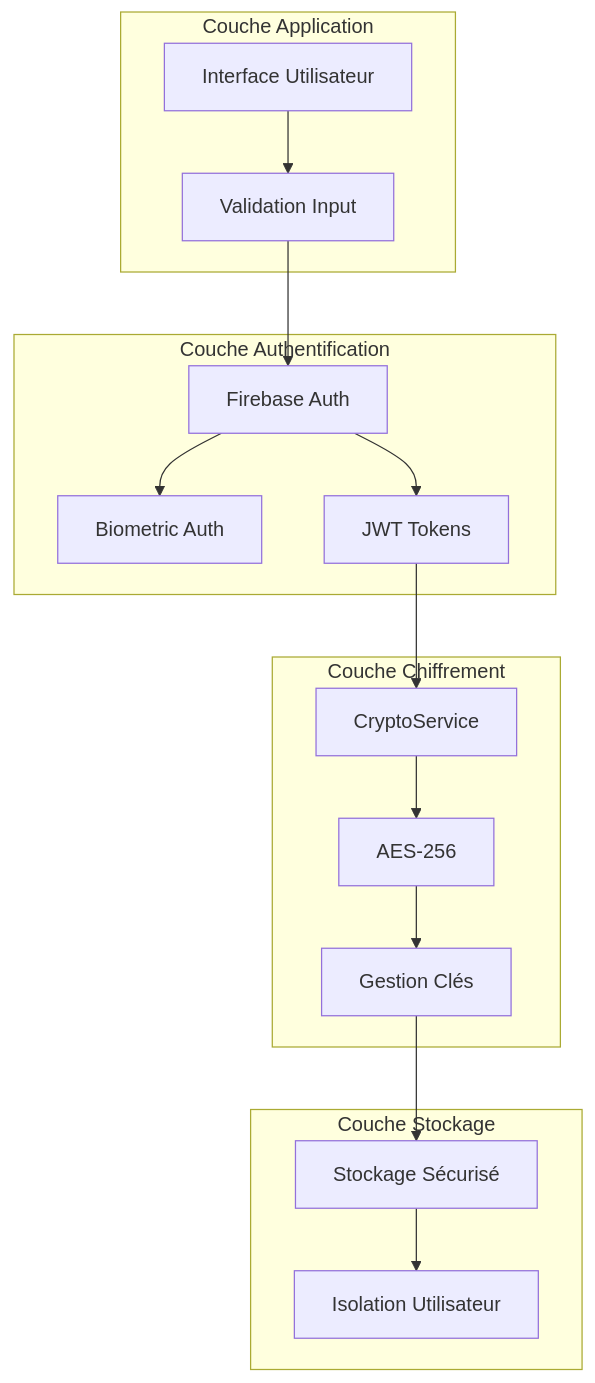
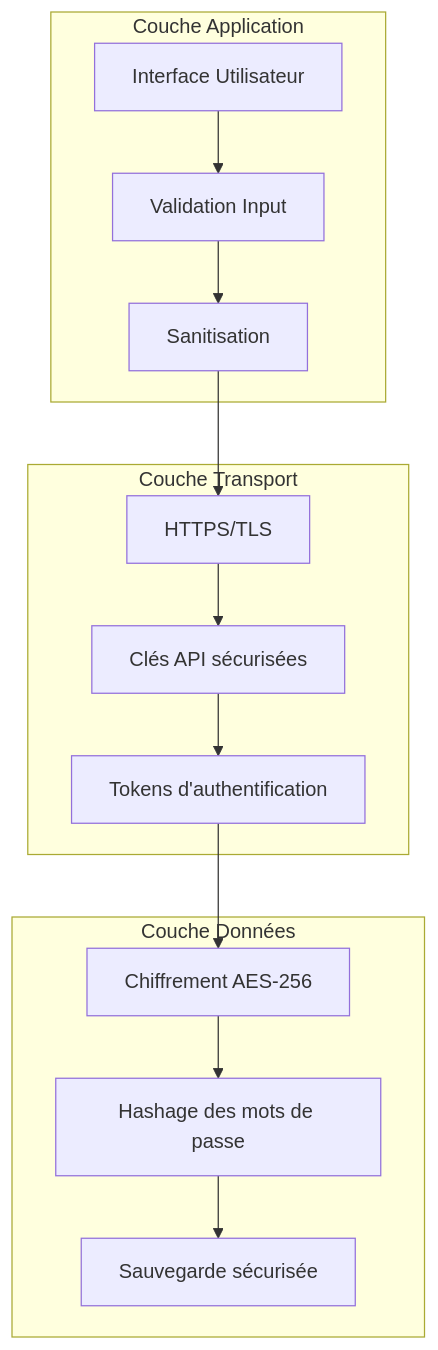
Before and after one commit to Fleau75/Projet-Final: the fifth of 8 diagrams in docs/ARCHITECTURE_GUIDE.md, drawn with Mermaid. The commit also changed other lines of this file and 33 other files, not shown here.

````diff
--- a/docs/ARCHITECTURE_GUIDE.md
+++ b/docs/ARCHITECTURE_GUIDE.md
@@ -201,34 +262,29 @@
 ```mermaid
 graph TB
     subgraph "Couche Application"
         UI[Interface Utilisateur]
         VALID[Validation Input]
+        SANIT[Sanitisation]
     end
     
-    subgraph "Couche Authentification"
-        AUTH[Firebase Auth]
-        BIO[Biometric Auth]
-        TOKEN[JWT Tokens]
+    subgraph "Couche Transport"
+        HTTPS[HTTPS/TLS]
+        API_KEY[Clés API sécurisées]
+        AUTH_TOKEN[Tokens d'authentification]
     end
     
-    subgraph "Couche Chiffrement"
-        CRYPTO[CryptoService]
-        AES[AES-256]
-        KEY[Gestion Clés]
-    end
-    
-    subgraph "Couche Stockage"
-        SECURE[Stockage Sécurisé]
-        ISOLATION[Isolation Utilisateur]
+    subgraph "Couche Données"
+        ENCRYPT[Chiffrement AES-256]
+        HASH[Hashage des mots de passe]
+        BACKUP[Sauvegarde sécurisée]
     end
     
     UI --> VALID
-    VALID --> AUTH
-    AUTH --> BIO
-    AUTH --> TOKEN
-    TOKEN --> CRYPTO
-    CRYPTO --> AES
-    AES --> KEY
-    KEY --> SECURE
-    SECURE --> ISOLATION
+    VALID --> SANIT
+    SANIT --> HTTPS
+    HTTPS --> API_KEY
+    API_KEY --> AUTH_TOKEN
+    AUTH_TOKEN --> ENCRYPT
+    ENCRYPT --> HASH
+    HASH --> BACKUP
 ```
````
